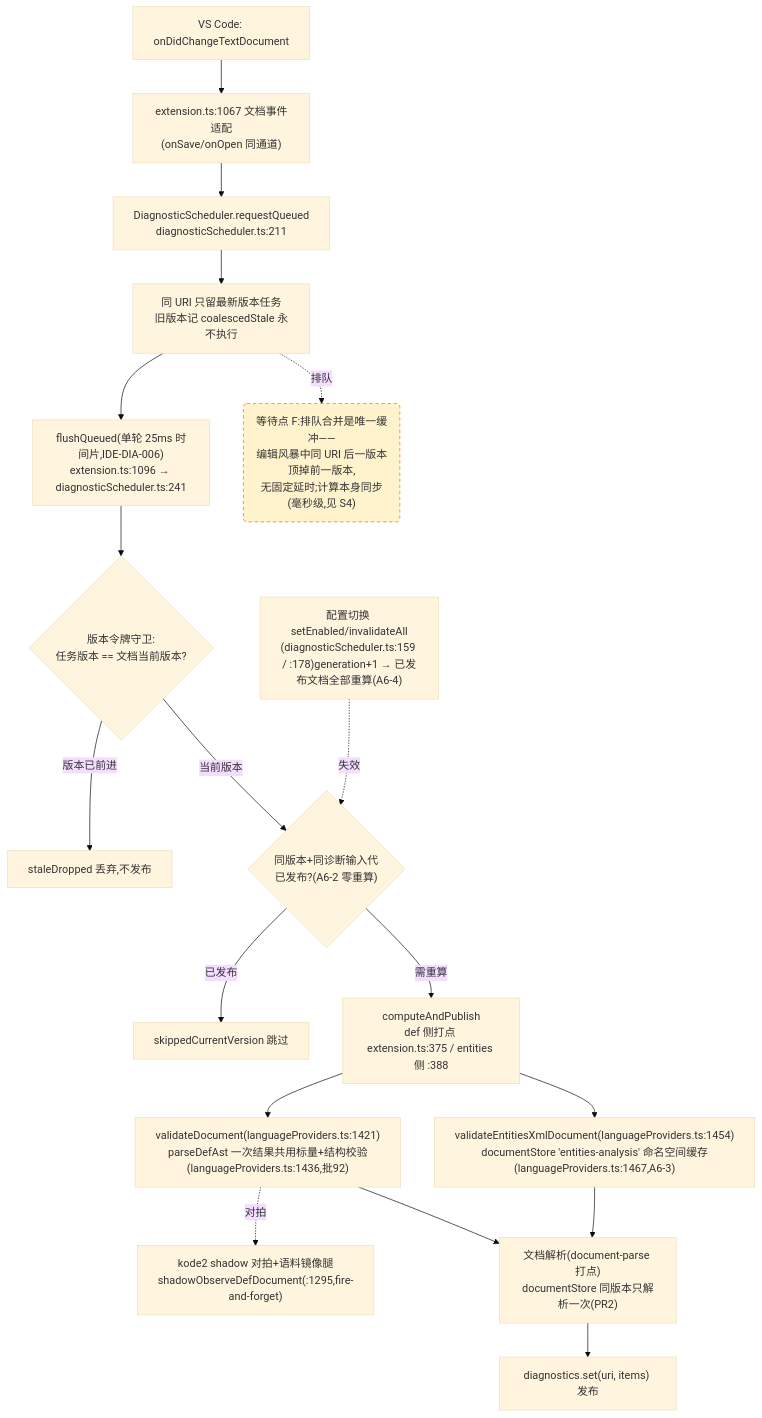
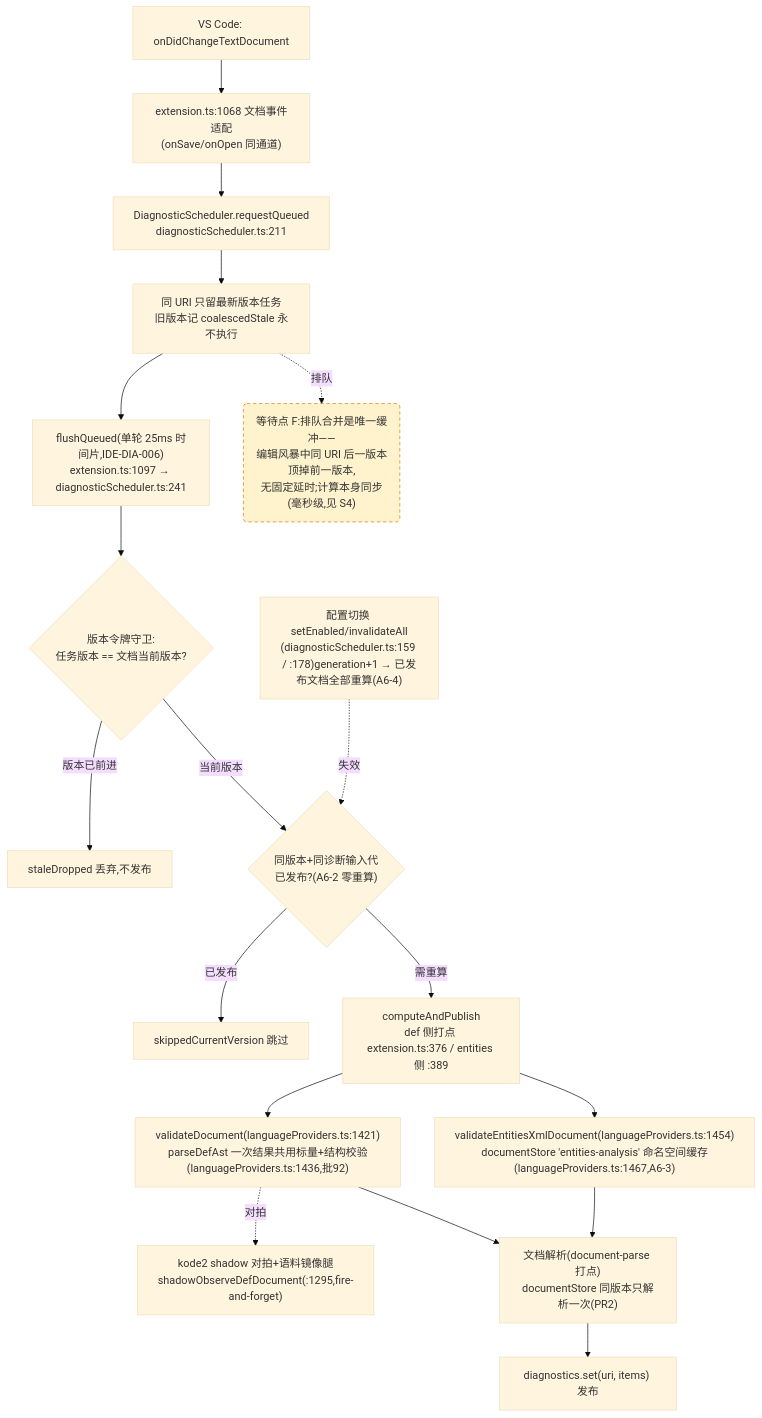
One commit to cuihairu/kode changed the fourth of 4 diagrams in docs/perf/2026-baseline.md. Above: the diagram before and after it, drawn with Mermaid (base theme). The commit also changed other lines of this file and 13 other files, not shown here.

````diff
--- a/docs/perf/2026-baseline.md
+++ b/docs/perf/2026-baseline.md
@@ -214,38 +214,38 @@
 ```mermaid
 flowchart TD
   CHG["VS Code: onDidChangeTextDocument"]
-  WATCH["extension.ts:1067 文档事件适配<br/>(onSave/onOpen 同通道)"]
+  WATCH["extension.ts:1068 文档事件适配<br/>(onSave/onOpen 同通道)"]
   RQ["DiagnosticScheduler.requestQueued<br/>diagnosticScheduler.ts:211"]
   CO["同 URI 只留最新版本任务<br/>旧版本记 coalescedStale 永不执行"]
-  FL["flushQueued(单轮 25ms 时间片,IDE-DIA-006)<br/>extension.ts:1096 → diagnosticScheduler.ts:241"]
+  FL["flushQueued(单轮 25ms 时间片,IDE-DIA-006)<br/>extension.ts:1097 → diagnosticScheduler.ts:241"]
   VG{"版本令牌守卫:<br/>任务版本 == 文档当前版本?"}
   DROP["staleDropped 丢弃,不发布"]
   GEN{"同版本+同诊断输入代<br/>已发布?(A6-2 零重算)"}
   SKIP["skippedCurrentVersion 跳过"]
-  CALC["computeAndPublish<br/>def 侧打点 extension.ts:375 / entities 侧 :388"]
+  CALC["computeAndPublish<br/>def 侧打点 extension.ts:376 / entities 侧 :389"]
   VD["validateDocument(languageProviders.ts:1421)<br/>parseDefAst 一次结果共用标量+结构校验(languageProviders.ts:1436,批92)"]
   VEX["validateEntitiesXmlDocument(languageProviders.ts:1454)<br/>documentStore 'entities-analysis' 命名空间缓存(languageProviders.ts:1467,A6-3)"]
   SHDD["kode2 shadow 对拍+语料镜像腿<br/>shadowObserveDefDocument(:1295,fire-and-forget)"]
   DS["文档解析(document-parse 打点)<br/>documentStore 同版本只解析一次(PR2)"]
   PUB["diagnostics.set(uri, items) 发布"]
   CFG2["配置切换 setEnabled/invalidateAll<br/>(diagnosticScheduler.ts:159 / :178)generation+1 → 已发布文档全部重算(A6-4)"]
 
   CHG --> WATCH --> RQ --> CO --> FL --> VG
   VG -- "版本已前进" --> DROP
   VG -- "当前版本" --> GEN
   GEN -- "已发布" --> SKIP
   GEN -- "需重算" --> CALC
   CALC --> VD
   CALC --> VEX
   VD --> DS
   VEX --> DS
   DS --> PUB
   VD -.->|对拍| SHDD
   CFG2 -.->|失效| GEN
 
   WAITF("等待点 F:排队合并是唯一缓冲——<br/>编辑风暴中同 URI 后一版本顶掉前一版本,<br/>无固定延时;计算本身同步(毫秒级,见 S4)")
   CO -.->|排队| WAITF
 
   classDef waitPoint fill:#fff3cd,stroke:#d97706,stroke-dasharray:5 4;
   class WAITF waitPoint;
 ```
````
